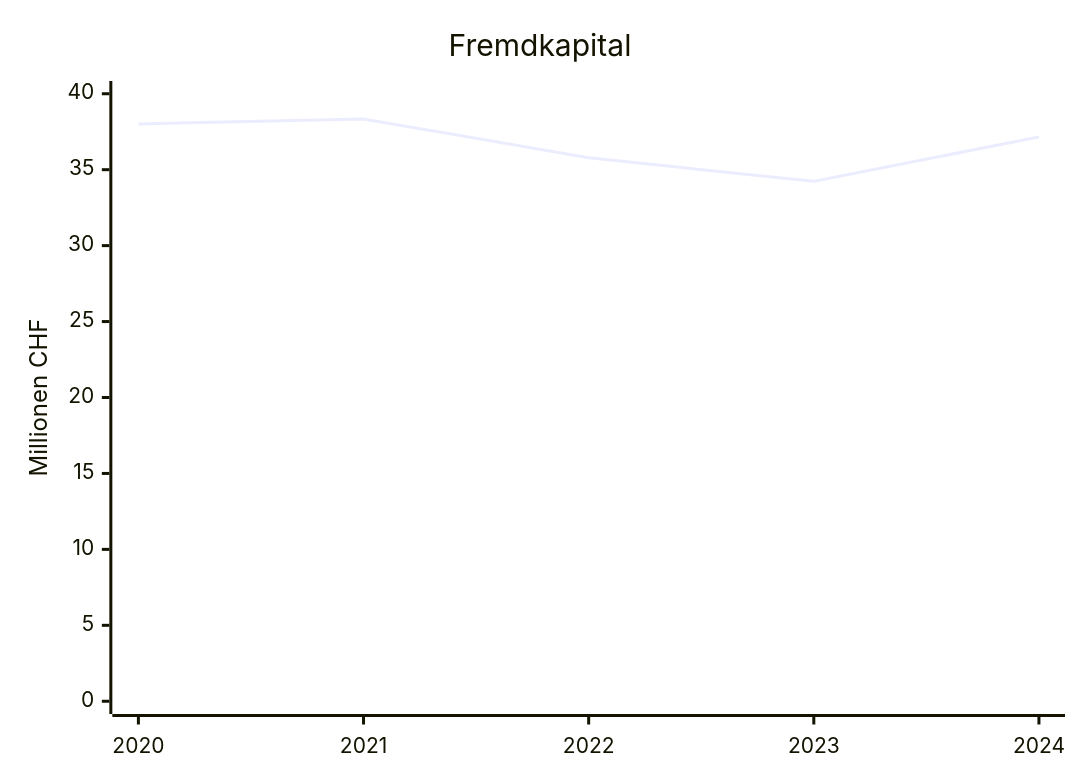
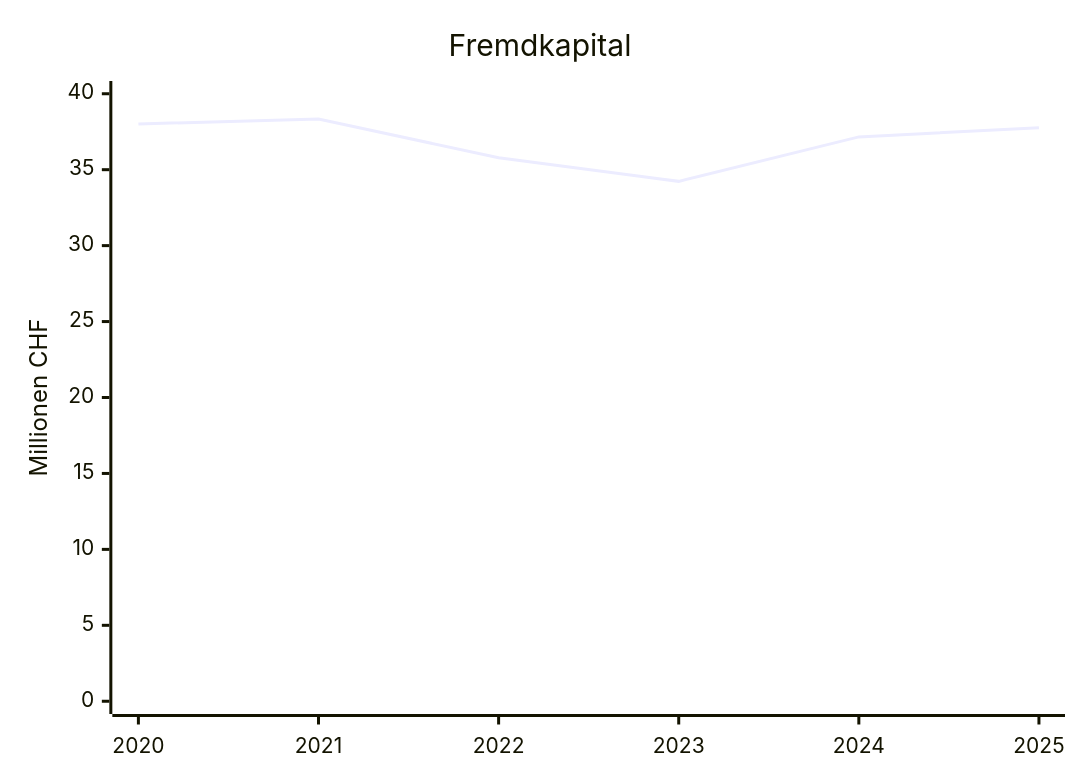
One commit to risajef/risajef.github.io changed the third of 8 diagrams in docs/politik/finanzen-beringen.de.md. Above: the diagram before and after it, drawn with Mermaid. The commit also changed other lines of this file and 1 other file, not shown here.

````diff
--- a/docs/politik/finanzen-beringen.de.md
+++ b/docs/politik/finanzen-beringen.de.md
@@ -64,7 +64,7 @@
 ```mermaid
 xychart
 title "Fremdkapital"
-x-axis [2020, 2021, 2022, 2023, 2024]
+x-axis [2020, 2021, 2022, 2023, 2024, 2025]
 y-axis "Millionen CHF" 0 --> 40
-line [38.010, 38.342, 35.781, 34.232, 37.158]
+line [38.010, 38.342, 35.781, 34.232, 37.158, 37.756]
 ```
````
